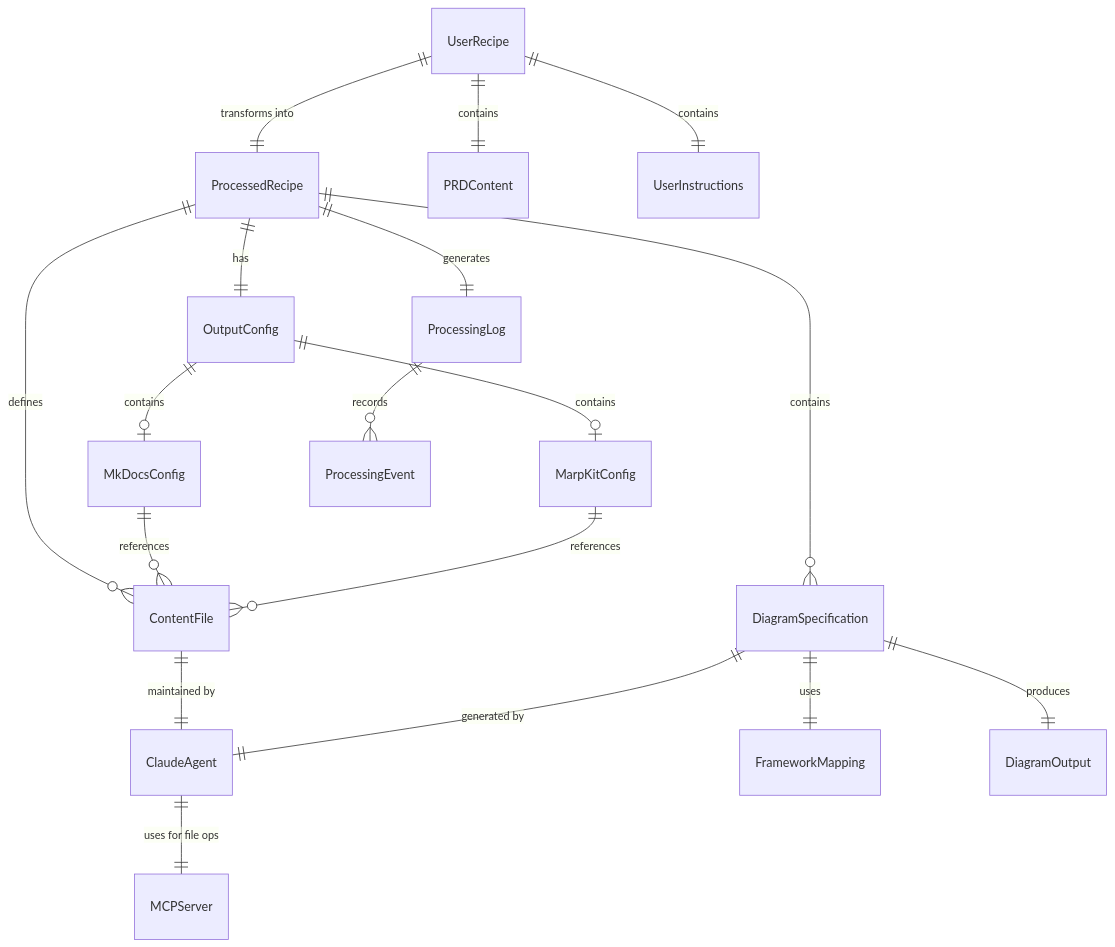
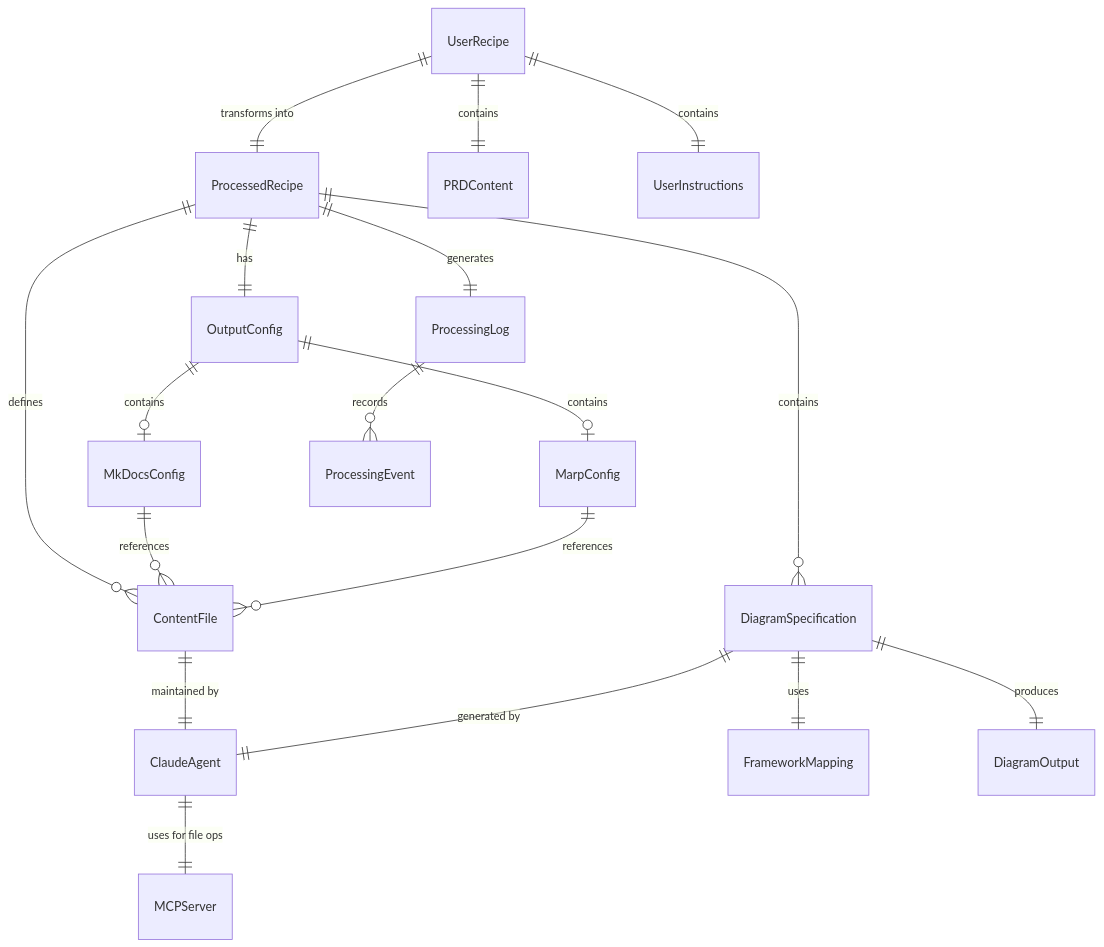
The diagram in specs/001-i-want-to/data-model.md (afterthought/t2d-kit), drawn with Mermaid before and after one commit. The commit also changed other lines of this file and 9 other files, not shown here.

````diff
--- a/specs/001-i-want-to/data-model.md
+++ b/specs/001-i-want-to/data-model.md
@@ -9,20 +9,20 @@
 ```mermaid
 erDiagram
     UserRecipe ||--|| ProcessedRecipe : "transforms into"
     UserRecipe ||--|| PRDContent : contains
     UserRecipe ||--|| UserInstructions : contains
     ProcessedRecipe ||--o{ ContentFile : "defines"
     ProcessedRecipe ||--o{ DiagramSpecification : "contains"
     ProcessedRecipe ||--|| OutputConfig : "has"
     ContentFile ||--|| ClaudeAgent : "maintained by"
     DiagramSpecification ||--|| ClaudeAgent : "generated by"
     DiagramSpecification ||--|| FrameworkMapping : "uses"
     DiagramSpecification ||--|| DiagramOutput : "produces"
     OutputConfig ||--o| MkDocsConfig : "contains"
-    OutputConfig ||--o| MarpKitConfig : "contains"
+    OutputConfig ||--o| MarpConfig : "contains"
     MkDocsConfig ||--o{ ContentFile : "references"
-    MarpKitConfig ||--o{ ContentFile : "references"
+    MarpConfig ||--o{ ContentFile : "references"
     ProcessedRecipe ||--|| ProcessingLog : "generates"
     ProcessingLog ||--o{ ProcessingEvent : "records"
     ClaudeAgent ||--|| MCPServer : "uses for file ops"
 ```
````
